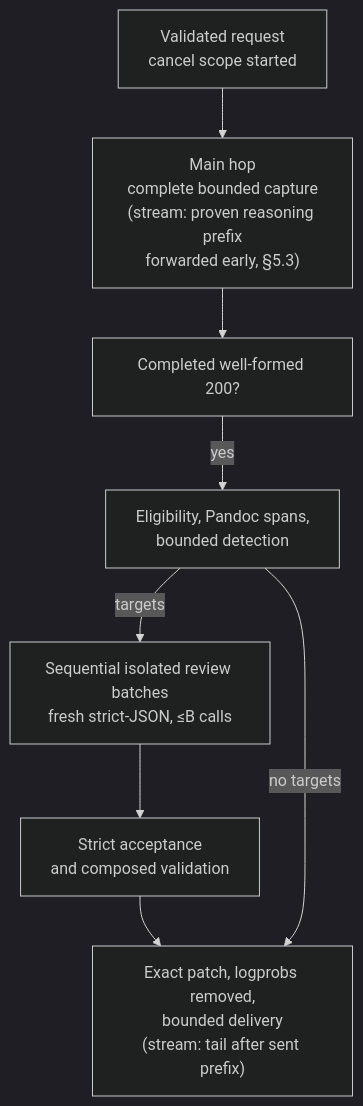
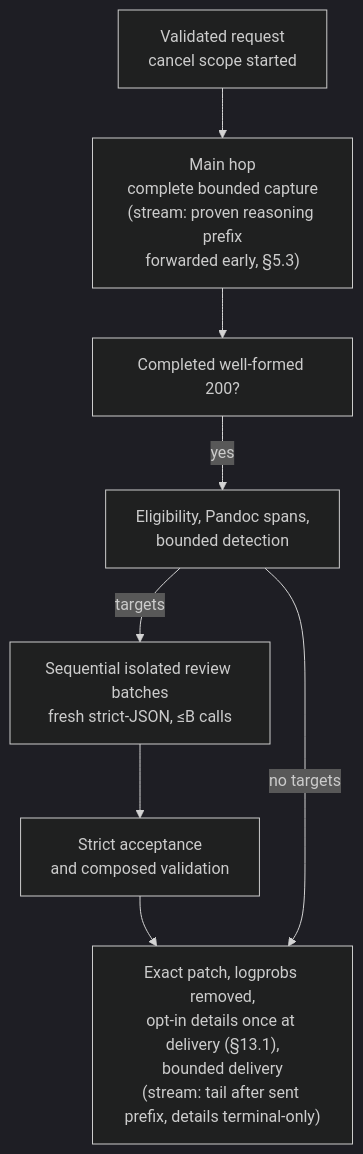
One commit to ulfe-lmi/slaif-llm-response-language-repair changed the third of 5 diagrams in ARCHITECTURE.md. Above: the diagram before and after it, drawn with Mermaid (dark theme). The commit also changed other lines of this file and 8 other files, not shown here.

Commit message:
041-a governance: ARCHITECTURE 2.4, compact projection, map/manifest/context-budget/inventory sync, CI candidate pins to 041-a, oap_reports_reviewed 103 -> 104

````diff
--- a/ARCHITECTURE.md
+++ b/ARCHITECTURE.md
@@ -205,15 +206,15 @@
 ```mermaid
 flowchart TD
     v["Validated request<br/>cancel scope started"]
     f["Main hop<br/>complete bounded capture<br/>(stream: proven reasoning prefix<br/>forwarded early, §5.3)"]
     c["Completed well-formed 200?"]
     p["Eligibility, Pandoc spans,<br/>bounded detection"]
     r["Sequential isolated review batches<br/>fresh strict-JSON, ≤B calls"]
     a["Strict acceptance<br/>and composed validation"]
-    d["Exact patch, logprobs removed,<br/>bounded delivery<br/>(stream: tail after sent prefix)"]
+    d["Exact patch, logprobs removed,<br/>opt-in details once at delivery (§13.1),<br/>bounded delivery<br/>(stream: tail after sent prefix, details terminal-only)"]
 
     v --> f --> c
     c -->|yes| p
     p -->|targets| r --> a --> d
     p -->|no targets| d
 ```
````
